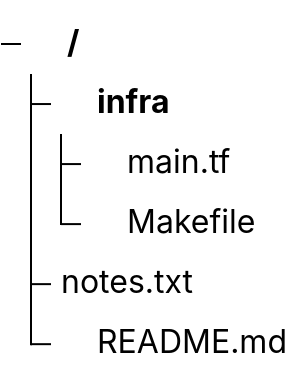
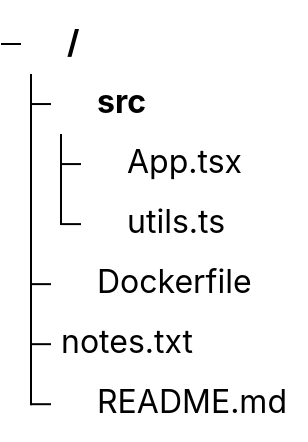
Before and after one commit to Spencerx/mermaid: the seventh of 13 diagrams in docs/syntax/treeView.md, drawn with Mermaid. The commit also changed other lines of this file and 10 other files, not shown here.

````diff
--- a/docs/syntax/treeView.md
+++ b/docs/syntax/treeView.md
@@ -245,19 +211,21 @@
 ```mermaid
 ---
 config:
   treeView:
     showIcons: true
     defaultIconPack: vscode-icons
     filenameIcons:
-      Makefile: file-type-cmake
+      Dockerfile: file-type-docker
     extensionIcons:
-      .tf: file-type-terraform
+      .ts: file-type-typescript
+      .tsx: file-type-reactts
       .txt: none
 ---
 treeView-beta
-    infra/
-        main.tf
-        Makefile
+    src/
+        App.tsx
+        utils.ts
+    Dockerfile
     notes.txt
     README.md
 ```
````
